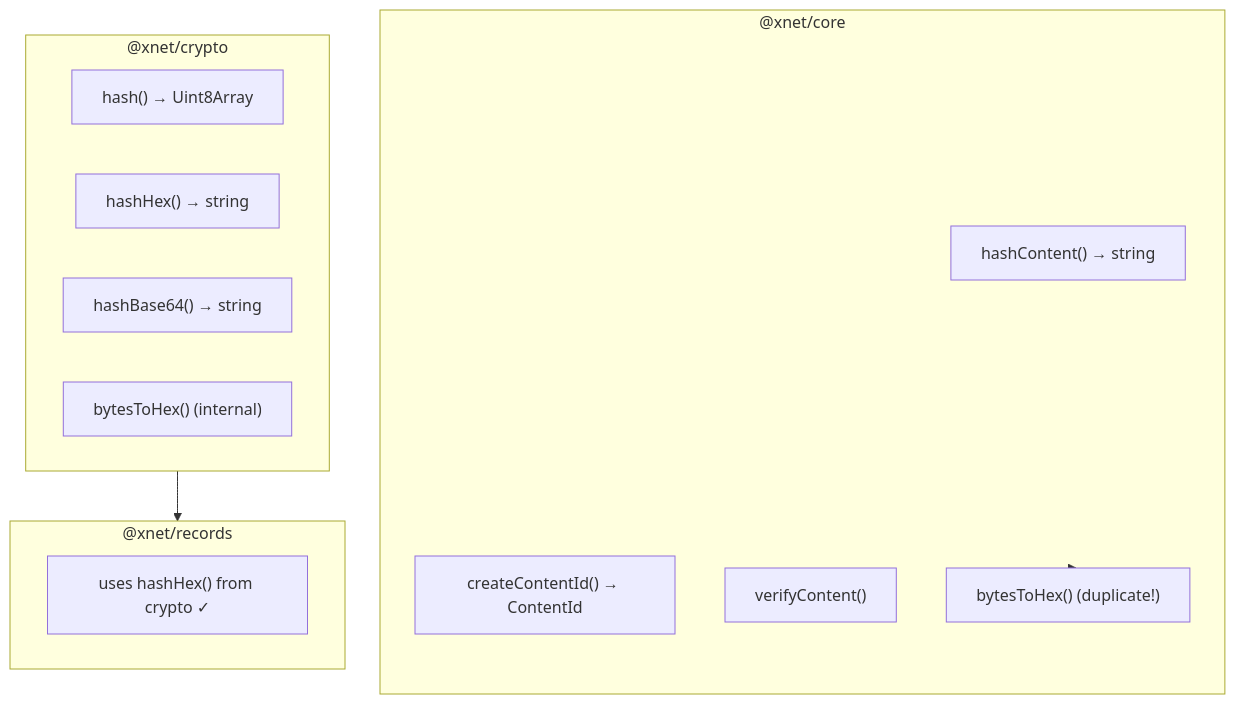
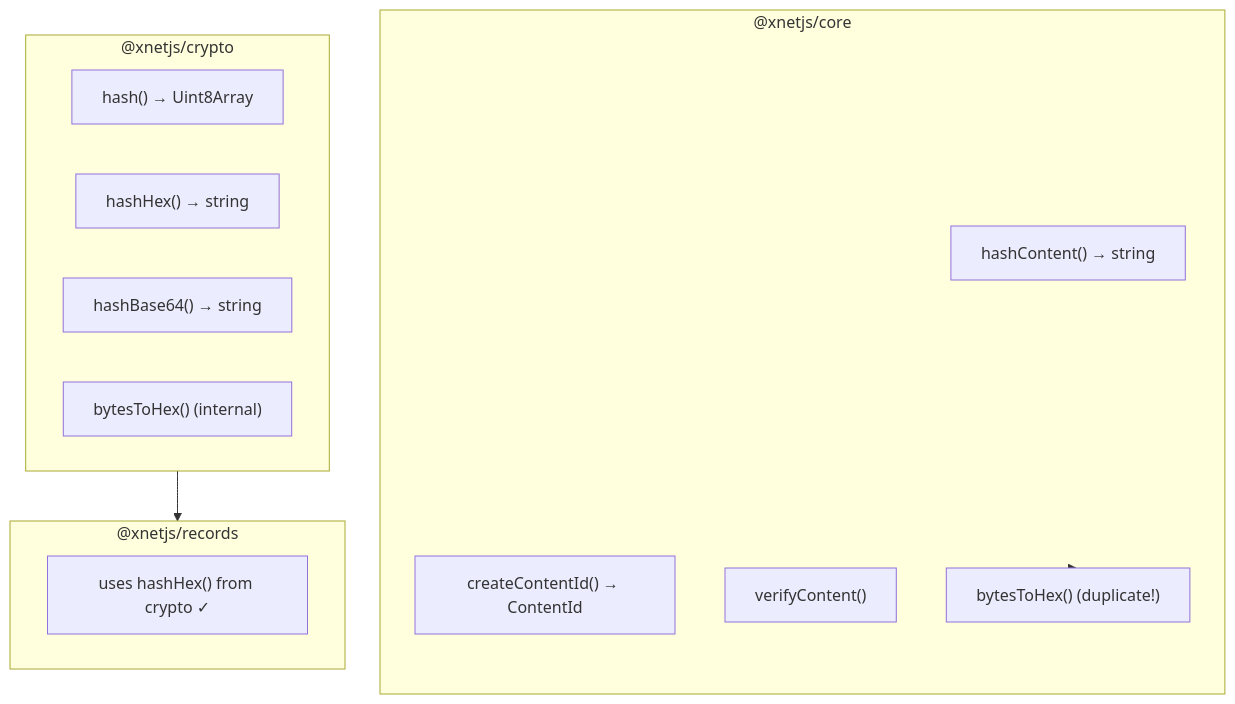
The first of 3 diagrams in docs/plans/plan02_1DataModelConsolidation/04-hash-function-consolidation.md (crs48/xNet), drawn with Mermaid before and after one commit. The commit also changed other lines of this file and 980 other files, not shown here.

````diff
--- a/docs/plans/plan02_1DataModelConsolidation/04-hash-function-consolidation.md
+++ b/docs/plans/plan02_1DataModelConsolidation/04-hash-function-consolidation.md
@@ -13,23 +13,23 @@
 ```mermaid
 flowchart TD
-    subgraph crypto["@xnet/crypto"]
+    subgraph crypto["@xnetjs/crypto"]
         C1["hash() → Uint8Array"]
         C2["hashHex() → string"]
         C3["hashBase64() → string"]
         C4["bytesToHex() (internal)"]
     end
 
-    subgraph core["@xnet/core"]
+    subgraph core["@xnetjs/core"]
         K1["hashContent() → string"]
         K2["createContentId() → ContentId"]
         K3["verifyContent()"]
         K4["bytesToHex() (duplicate!)"]
     end
 
-    subgraph records["@xnet/records"]
+    subgraph records["@xnetjs/records"]
         R1["uses hashHex() from crypto ✓"]
     end
 
     crypto --> records
     core --> K4
 ```
````
